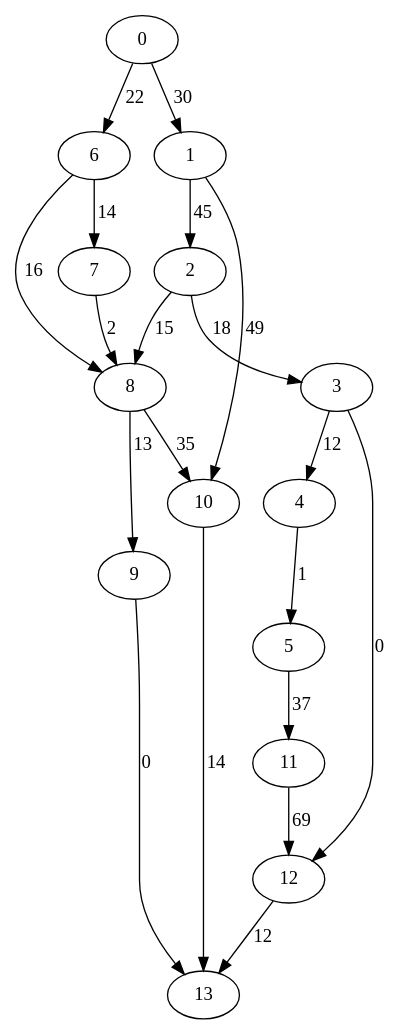
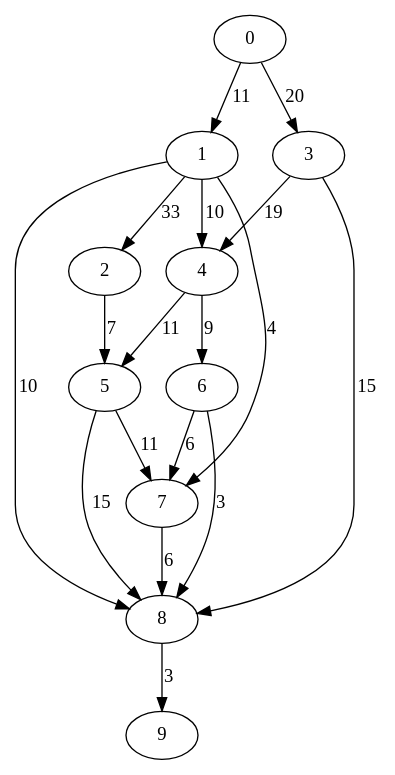
Before and after one commit to asaloniti/DagScheduling_old: the diagram in dotfiles/data2.dot, drawn with Graphviz. The commit also changed 43 other files, not shown here.

```diff
--- a/dotfiles/data2.dot
+++ b/dotfiles/data2.dot
@@ -1,21 +1,19 @@
 digraph data2 {
-0 -> 1 [ label = 30 ];
-0 -> 6 [ label = 22 ];
-1 -> 2 [ label = 45 ];
-1 -> 10 [ label = 49 ];
-2 -> 3 [ label = 18 ];
-2 -> 8 [ label = 15 ];
-3 -> 4 [ label = 12 ];
-3 -> 12 [ label = 0 ];
-4 -> 5 [ label = 1 ];
-5 -> 11 [ label = 37 ];
-6 -> 7 [ label = 14 ];
-6 -> 8 [ label = 16 ];
-7 -> 8 [ label = 2 ];
-8 -> 9 [ label = 13 ];
-8 -> 10 [ label = 35 ];
-9 -> 13 [ label = 0 ];
-10 -> 13 [ label = 14 ];
-11 -> 12 [ label = 69 ];
-12 -> 13 [ label = 12 ];
+0 -> 1 [ label = 11 ];
+0 -> 3 [ label = 20 ];
+1 -> 2 [ label = 33 ];
+1 -> 4 [ label = 10 ];
+1 -> 7 [ label = 4 ];
+1 -> 8 [ label = 10 ];
+2 -> 5 [ label = 7 ];
+3 -> 4 [ label = 19 ];
+3 -> 8 [ label = 15 ];
+4 -> 5 [ label = 11 ];
+4 -> 6 [ label = 9 ];
+5 -> 7 [ label = 11 ];
+5 -> 8 [ label = 15 ];
+6 -> 7 [ label = 6 ];
+6 -> 8 [ label = 3 ];
+7 -> 8 [ label = 6 ];
+8 -> 9 [ label = 3 ];
  }
```
